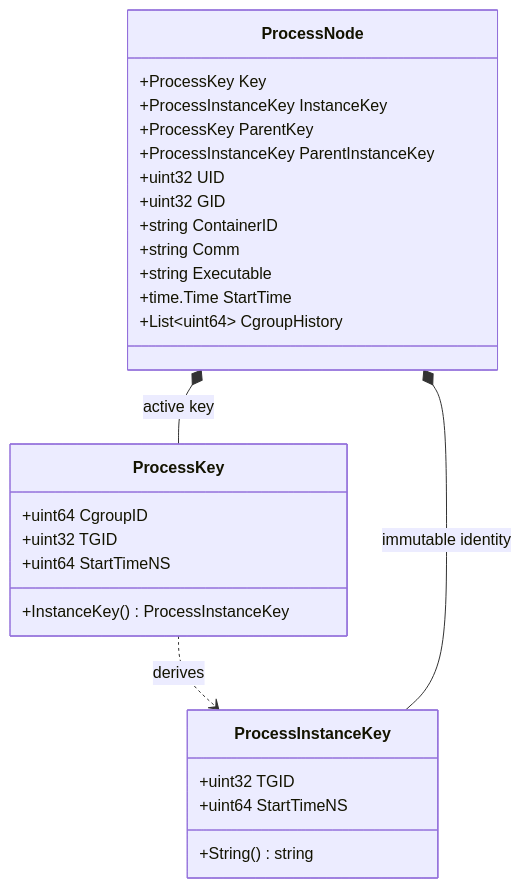
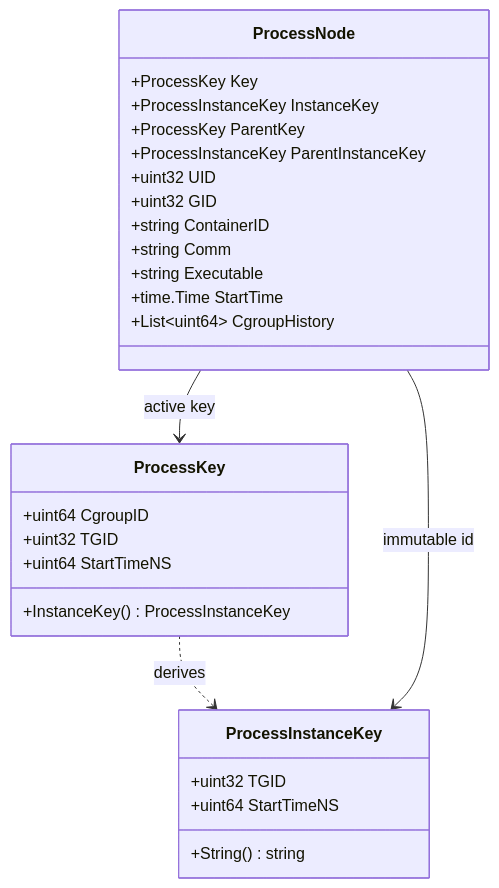
The third of 6 diagrams in ARCHITECTURE.md (ramKarthik57/containerguard), drawn with Mermaid before and after one commit. The commit also changed other lines of this file and 4 other files, not shown here.

First line of the commit message:
docs(diagrams): rectify all visual collisions, squishing, and viewer widget obstructions

````diff
--- a/ARCHITECTURE.md
+++ b/ARCHITECTURE.md
@@ -219,33 +209,34 @@
 ```mermaid
 classDiagram
+    direction TB
     class ProcessInstanceKey {
         +uint32 TGID
         +uint64 StartTimeNS
         +String() string
     }
 
     class ProcessKey {
         +uint64 CgroupID
         +uint32 TGID
         +uint64 StartTimeNS
         +InstanceKey() ProcessInstanceKey
     }
 
     class ProcessNode {
         +ProcessKey Key
         +ProcessInstanceKey InstanceKey
         +ProcessKey ParentKey
         +ProcessInstanceKey ParentInstanceKey
         +uint32 UID
         +uint32 GID
         +string ContainerID
         +string Comm
         +string Executable
         +time.Time StartTime
         +List~uint64~ CgroupHistory
     }
 
     ProcessKey ..> ProcessInstanceKey : derives
-    ProcessNode *-- ProcessKey : active key
-    ProcessNode *-- ProcessInstanceKey : immutable identity
+    ProcessNode --> ProcessKey : active key
+    ProcessNode --> ProcessInstanceKey : immutable id
 ```
````
